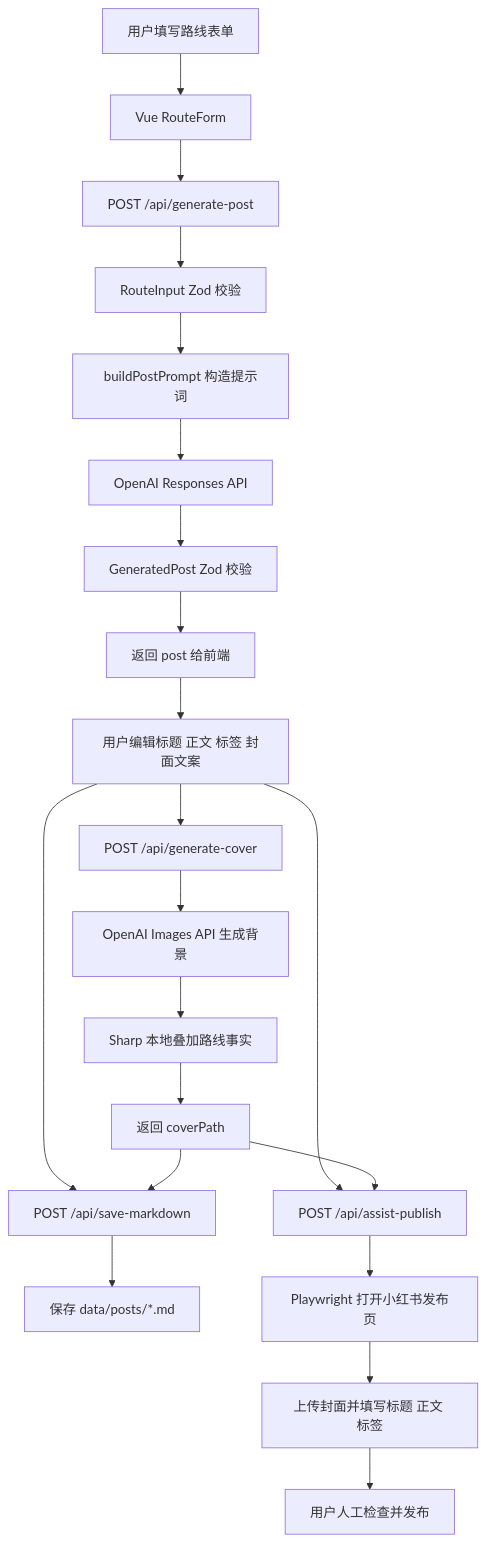
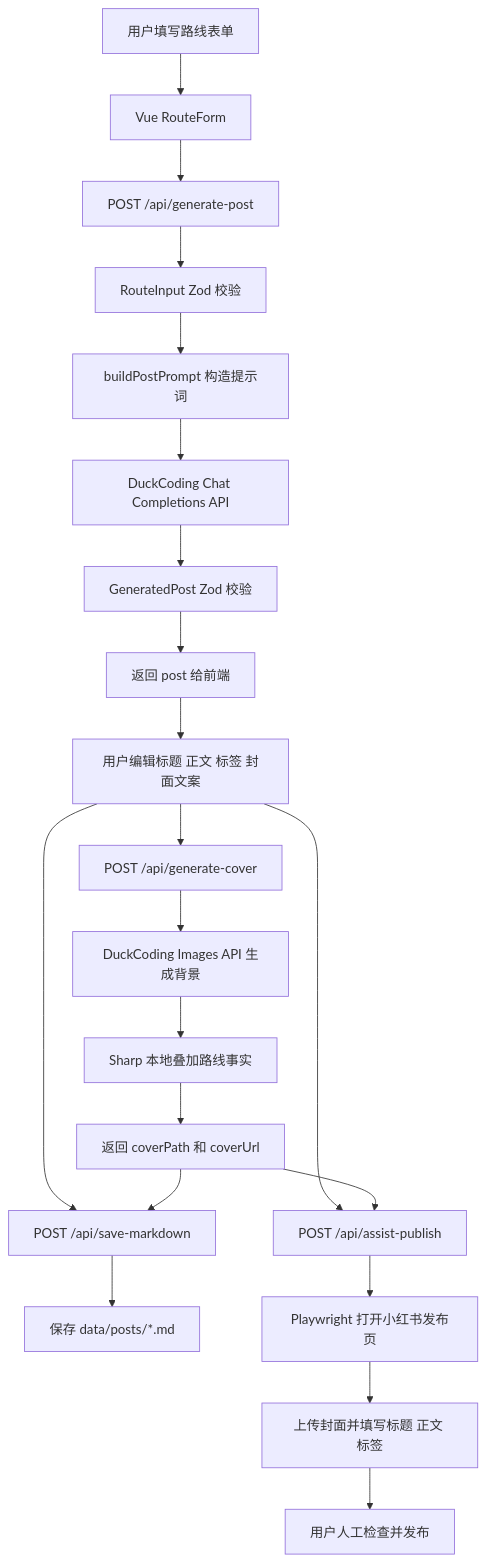
Before and after one commit to BeenBeenBeen/cycling-route: the first of 2 diagrams in docs/architecture-redesign.md, drawn with Mermaid. The commit also changed other lines of this file and 18 other files, not shown here.

Commit message:
feat: use duckcoding providers for publishing flow

````diff
--- a/docs/architecture-redesign.md
+++ b/docs/architecture-redesign.md
@@ -107,23 +107,23 @@
 ```mermaid
 flowchart TD
   A[用户填写路线表单] --> B[Vue RouteForm]
   B --> C[POST /api/generate-post]
   C --> D[RouteInput Zod 校验]
   D --> E[buildPostPrompt 构造提示词]
-  E --> F[OpenAI Responses API]
+  E --> F[DuckCoding Chat Completions API]
   F --> G[GeneratedPost Zod 校验]
   G --> H[返回 post 给前端]
   H --> I[用户编辑标题 正文 标签 封面文案]
   I --> J[POST /api/generate-cover]
-  J --> K[OpenAI Images API 生成背景]
+  J --> K[DuckCoding Images API 生成背景]
   K --> L[Sharp 本地叠加路线事实]
-  L --> M[返回 coverPath]
+  L --> M[返回 coverPath 和 coverUrl]
   I --> N[POST /api/save-markdown]
   M --> N
   N --> O[保存 data/posts/*.md]
   I --> P[POST /api/assist-publish]
   M --> P
   P --> Q[Playwright 打开小红书发布页]
   Q --> R[上传封面并填写标题 正文 标签]
   R --> S[用户人工检查并发布]
 ```
````
